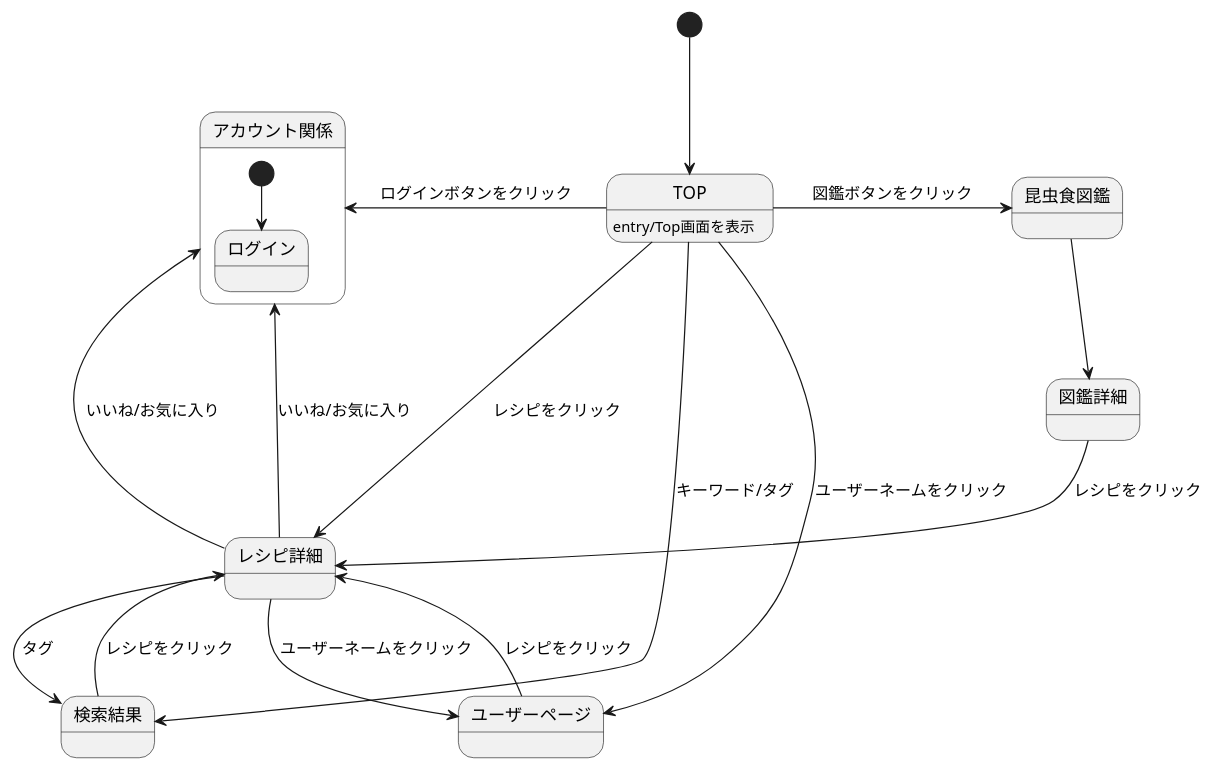
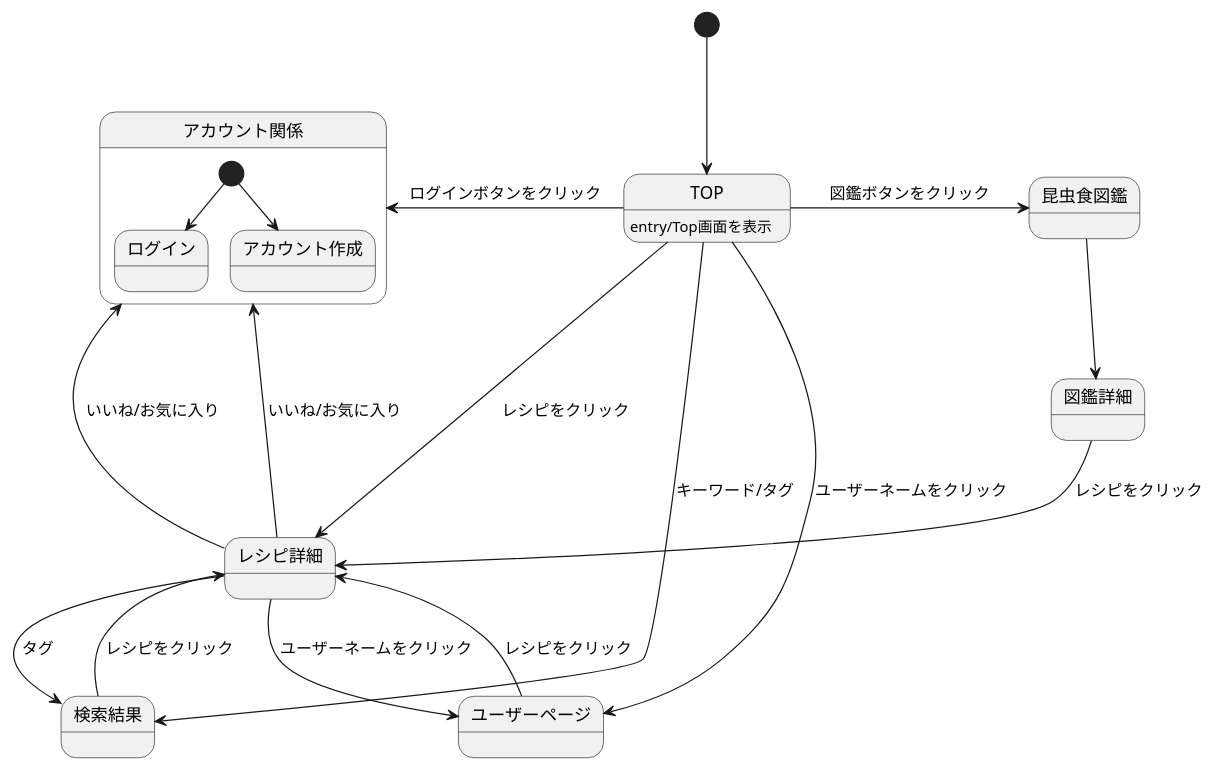
One commit to ASO2001040/bugbug-design changed the diagram in ScreenTransitionDiagram.md. Above: the diagram before and after it, drawn with PlantUML.

````diff
--- a/ScreenTransitionDiagram.md
+++ b/ScreenTransitionDiagram.md
@@ -1,24 +1,25 @@
 ```uml
 @startuml
 [*]-->TOP
 
 TOP : entry/Top画面を表示
 TOP-left->アカウント関係: ログインボタンをクリック
 TOP->昆虫食図鑑: 図鑑ボタンをクリック
 TOP->ユーザーページ: ユーザーネームをクリック
 TOP->レシピ詳細: レシピをクリック
 TOP->検索結果: キーワード/タグ
 ユーザーページ-->レシピ詳細: レシピをクリック
 レシピ詳細-->ユーザーページ: ユーザーネームをクリック
 レシピ詳細-->検索結果: タグ
 レシピ詳細-->アカウント関係: いいね/お気に入り
 レシピ詳細->アカウント関係: いいね/お気に入り
 検索結果-->レシピ詳細: レシピをクリック
 昆虫食図鑑-->図鑑詳細
 図鑑詳細-->レシピ詳細: レシピをクリック
 
 state アカウント関係 {
  [*] --> ログイン
+ [*] --> アカウント作成
  }
 @enduml
 ```
````
